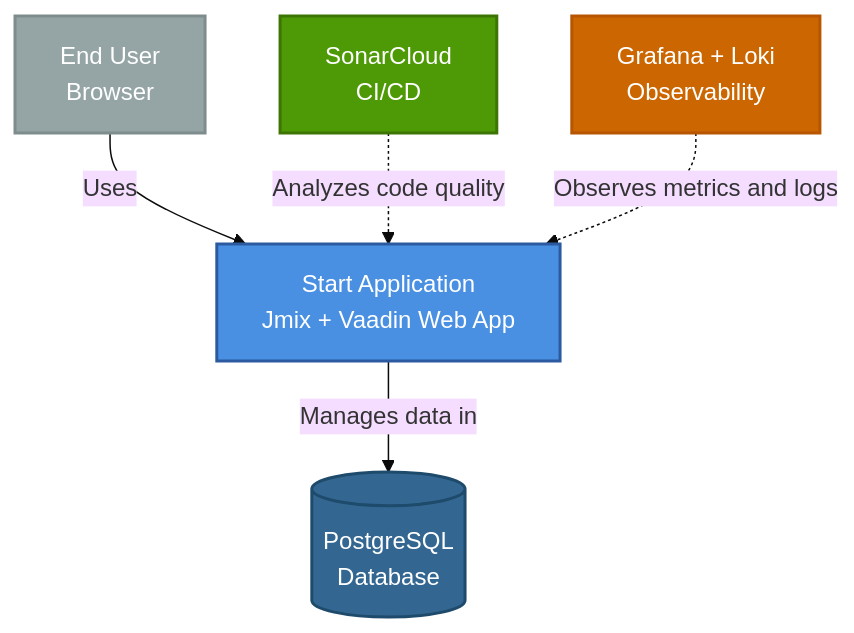
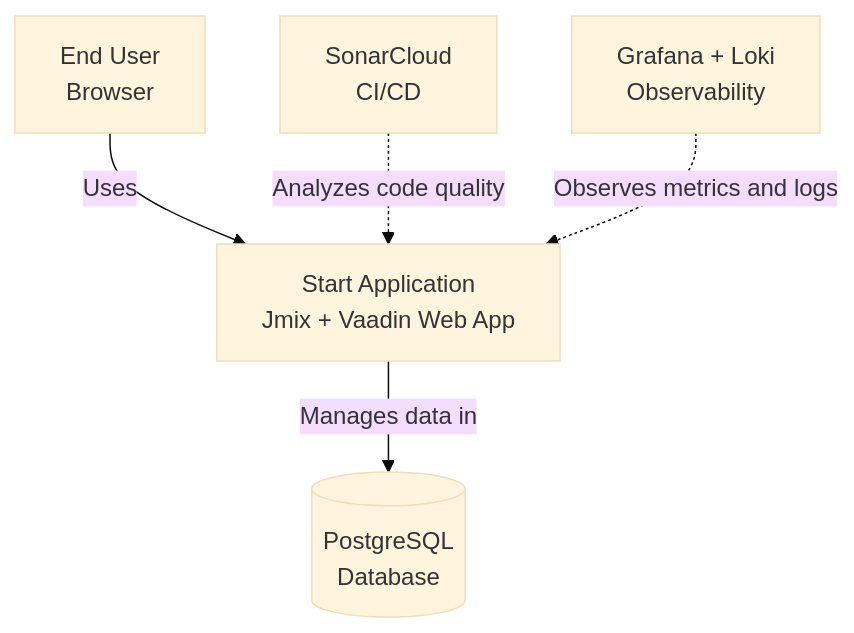
Before and after one commit to sovavibe/start: the first of 4 diagrams in docs/architecture/ARCHITECTURE.md, drawn with Mermaid (base theme). The commit also changed other lines of this file and 74 other files, not shown here.

````diff
--- a/docs/architecture/ARCHITECTURE.md
+++ b/docs/architecture/ARCHITECTURE.md
@@ -17,19 +9,13 @@
 ```mermaid
 graph TB
     User[End User<br/>Browser]
     App[Start Application<br/>Jmix + Vaadin Web App]
     DB[(PostgreSQL<br/>Database)]
     Sonar[SonarCloud<br/>CI/CD]
     Grafana[Grafana + Loki<br/>Observability]
     
     User -->|Uses| App
     App -->|Manages data in| DB
     Sonar -.->|Analyzes code quality| App
     Grafana -.->|Observes metrics and logs| App
-    
-    style App fill:#4a90e2,stroke:#2c5aa0,stroke-width:2px,color:#fff
-    style DB fill:#336791,stroke:#1e4a6b,stroke-width:2px,color:#fff
-    style User fill:#95a5a6,stroke:#7f8c8d,stroke-width:2px,color:#fff
-    style Sonar fill:#4e9a06,stroke:#3d7505,stroke-width:2px,color:#fff
-    style Grafana fill:#cc6600,stroke:#b85500,stroke-width:2px,color:#fff
 ```
````
